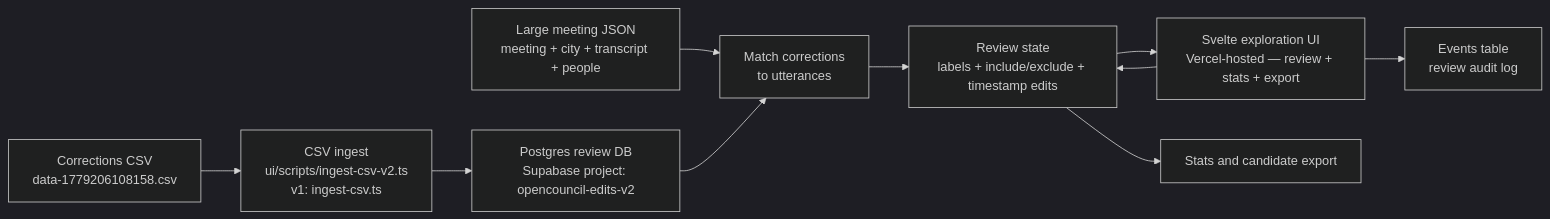
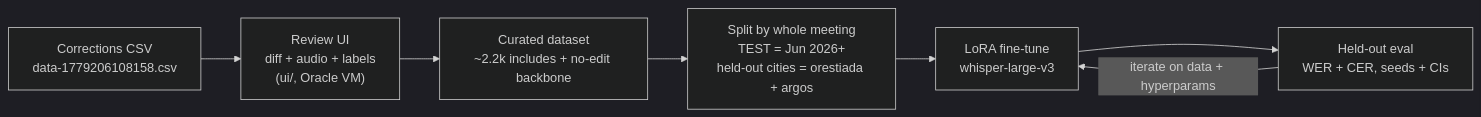
The diagram in CURRENT.md (eellak/gsoc2026-opencouncil-stt), drawn with Mermaid (dark theme) before and after one commit. The commit also changed other lines of this file and 17 other files, not shown here.

````diff
--- a/CURRENT.md
+++ b/CURRENT.md
@@ -60,22 +36,16 @@
 ```mermaid
 flowchart LR
     CSV["Corrections CSV<br/>data-1779206108158.csv"]
-    Ingest["CSV ingest<br/>ui/scripts/ingest-csv-v2.ts<br/>v1: ingest-csv.ts"]
-    DB["Postgres review DB<br/>Supabase project: opencouncil-edits-v2"]
-    JSON["Large meeting JSON<br/>meeting + city + transcript + people"]
-    Match["Match corrections<br/>to utterances"]
-    State["Review state<br/>labels + include/exclude + timestamp edits"]
-    UI["Svelte exploration UI<br/>Vercel-hosted — review + stats + export"]
-    Events["Events table<br/>review audit log"]
-    Stats["Stats and candidate export"]
+    Review["Review UI<br/>diff + audio + labels<br/>(ui/, Oracle VM)"]
+    Dataset["Curated dataset<br/>~2.2k includes + no-edit backbone"]
+    Split["Split by whole meeting<br/>TEST = Jun 2026+<br/>held-out cities = orestiada + argos"]
+    Finetune["LoRA fine-tune<br/>whisper-large-v3"]
+    Eval["Held-out eval<br/>WER + CER, seeds + CIs"]
 
-    CSV --> Ingest
-    Ingest --> DB
-    JSON --> Match
-    DB --> Match
-    Match --> State
-    State --> UI
-    UI --> State
-    UI --> Events
-    State --> Stats
+    CSV --> Review
+    Review --> Dataset
+    Dataset --> Split
+    Split --> Finetune
+    Finetune --> Eval
+    Eval -->|iterate on data + hyperparams| Finetune
 ```
````
